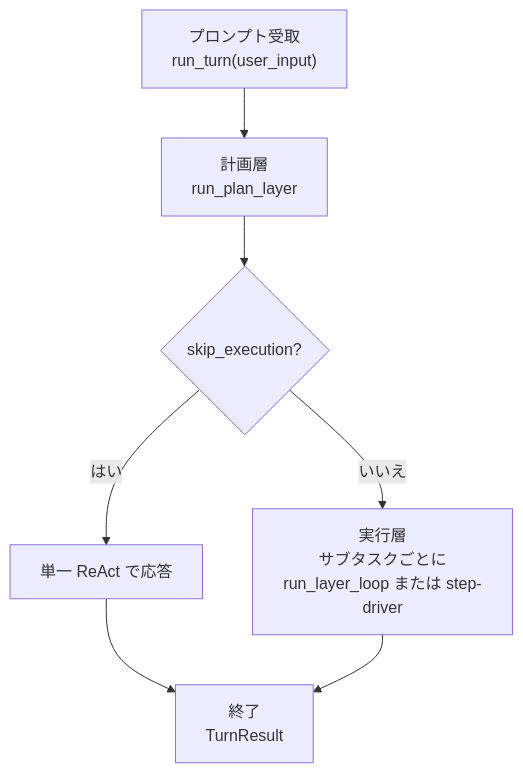
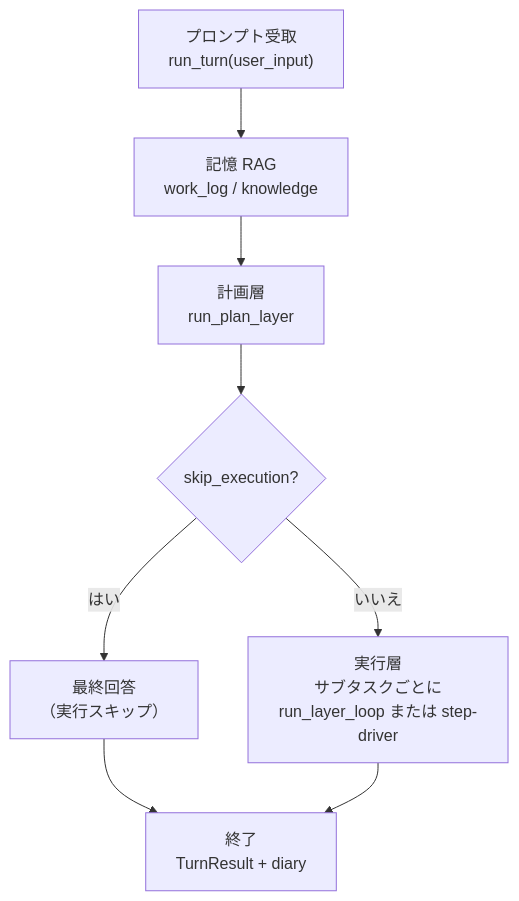
One commit to tax-mux/harness-seed changed the first of 5 diagrams in doc/architecture/00_harness-seedの構造.md. Above: the diagram before and after it, drawn with Mermaid. The commit also changed other lines of this file and 43 other files, not shown here.

First line of the commit message:
Harden plan/memory contracts and document the memory layer.

````diff
--- a/doc/architecture/00_harness-seedの構造.md
+++ b/doc/architecture/00_harness-seedの構造.md
@@ -17,9 +21,10 @@
 ```mermaid
 flowchart TB
-    A["プロンプト受取<br/>run_turn(user_input)"] --> B["計画層<br/>run_plan_layer"]
+    A["プロンプト受取<br/>run_turn(user_input)"] --> M["記憶 RAG<br/>work_log / knowledge"]
+    M --> B["計画層<br/>run_plan_layer"]
     B --> C{"skip_execution?"}
-    C -->|はい| D["単一 ReAct で応答"]
+    C -->|はい| D["最終回答<br/>（実行スキップ）"]
     C -->|いいえ| E["実行層<br/>サブタスクごとに<br/>run_layer_loop または step-driver"]
-    D --> F["終了<br/>TurnResult"]
+    D --> F["終了<br/>TurnResult + diary"]
     E --> F
 ```
````
